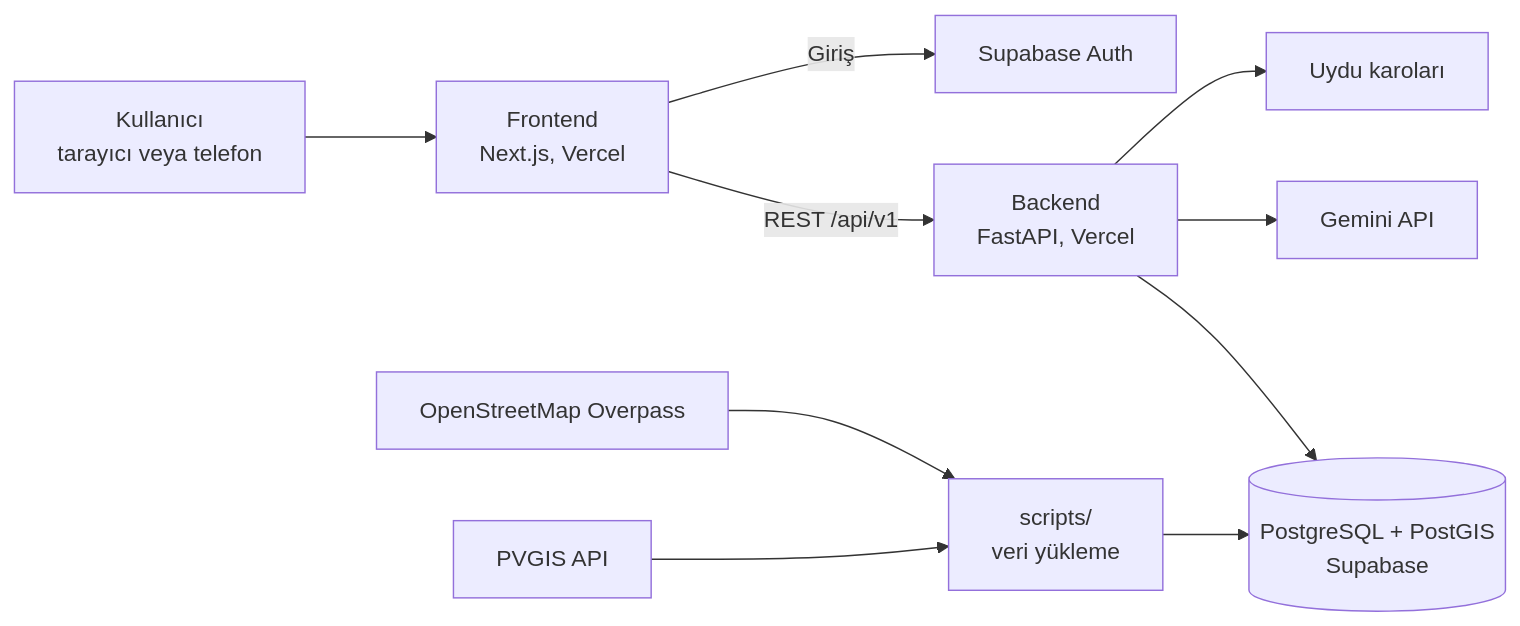
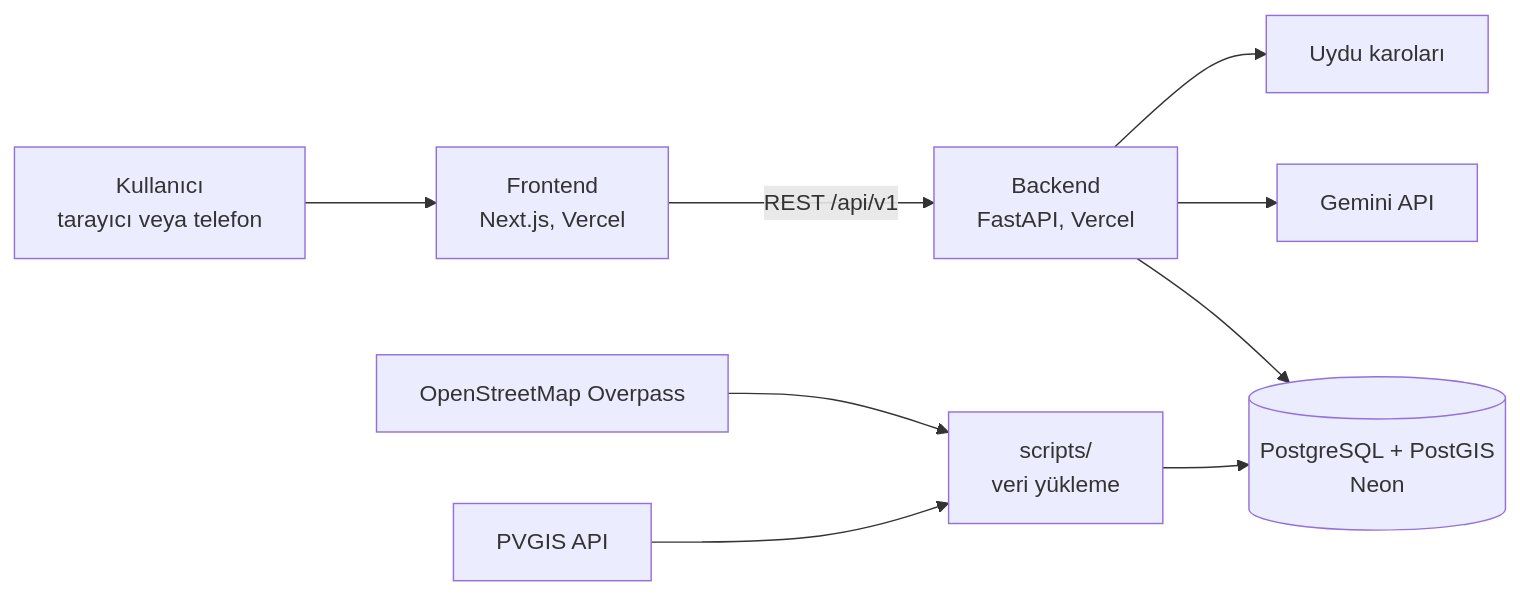
Before and after one commit to mahmutconger/suntech-cati-radari: the first of 2 diagrams in PROJE.md, drawn with Mermaid. The commit also changed other lines of this file and 2 other files, not shown here.

Commit message:
docs: Neon ve kendi giriş sistemi, ekip için güncel proje ve görev planı

````diff
--- a/PROJE.md
+++ b/PROJE.md
@@ -99,12 +99,11 @@
 ```mermaid
 flowchart LR
   K["Kullanıcı<br/>tarayıcı veya telefon"] --> W["Frontend<br/>Next.js, Vercel"]
   W -- "REST /api/v1" --> A["Backend<br/>FastAPI, Vercel"]
-  W -- "Giriş" --> SA["Supabase Auth"]
-  A --> DB[("PostgreSQL + PostGIS<br/>Supabase")]
+  A --> DB[("PostgreSQL + PostGIS<br/>Neon")]
   A --> GM["Gemini API"]
   A --> UY["Uydu karoları"]
   OSM["OpenStreetMap Overpass"] --> VY["scripts/<br/>veri yükleme"]
   PV["PVGIS API"] --> VY
   VY --> DB
 ```
````
